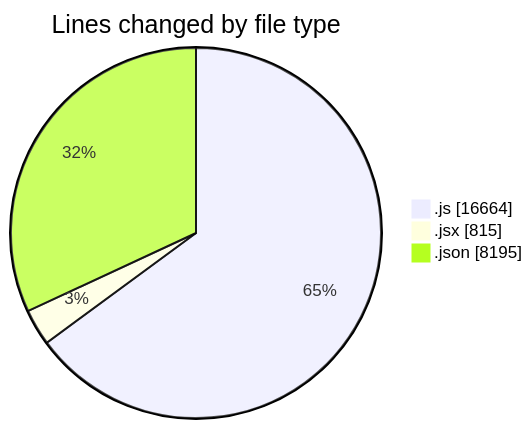
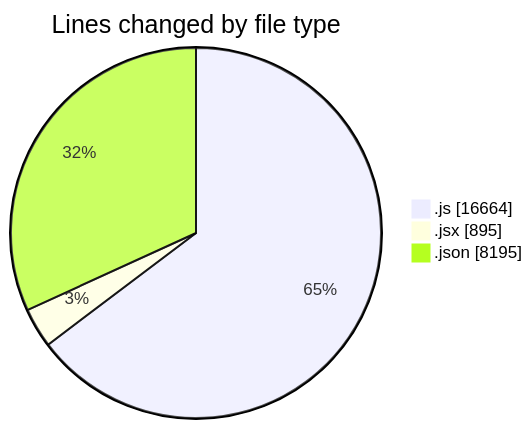
One commit to nxtqubesakshisongat/code-tracking changed the first of 2 diagrams in 2025-12-09/nxtqube_webapp/README.md. Above: the diagram before and after it, drawn with Mermaid. The commit also changed other lines of this file and 1 other file, not shown here.

````diff
--- a/2025-12-09/nxtqube_webapp/README.md
+++ b/2025-12-09/nxtqube_webapp/README.md
@@ -24,7 +24,7 @@
 ```mermaid
 pie showData
 title Lines changed by file type
 ".js" : 16664
-".jsx" : 815
+".jsx" : 895
 ".json" : 8195
 ```
````
